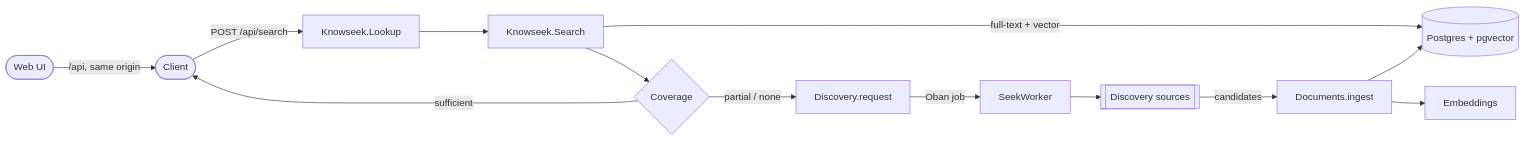
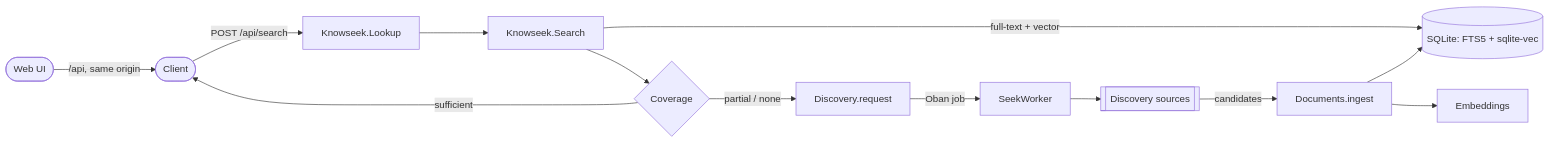
The first of 2 diagrams in docs/ARCHITECTURE.md (williamge/knowseek), drawn with Mermaid before and after one commit. The commit also changed other lines of this file and 66 other files, not shown here.

First line of the commit message:
Switch the database from Postgres to SQLite (#80, ADR 0030) (#97)

````diff
--- a/docs/ARCHITECTURE.md
+++ b/docs/ARCHITECTURE.md
@@ -5,15 +5,15 @@
 ```mermaid
 flowchart LR
     web([Web UI]) -->|/api, same origin| client([Client])
     client -->|POST /api/search| lookup[Knowseek.Lookup]
     lookup --> search[Knowseek.Search]
-    search -->|full-text + vector| pg[(Postgres + pgvector)]
+    search -->|full-text + vector| db[(SQLite: FTS5 + sqlite-vec)]
     search --> coverage{Coverage}
     coverage -->|sufficient| client
     coverage -->|partial / none| enqueue[Discovery.request]
     enqueue -->|Oban job| seek[SeekWorker]
     seek --> sources[[Discovery sources]]
     sources -->|candidates| ingest[Documents.ingest]
     ingest --> embed[Embeddings]
-    ingest --> pg
+    ingest --> db
 ```
````
